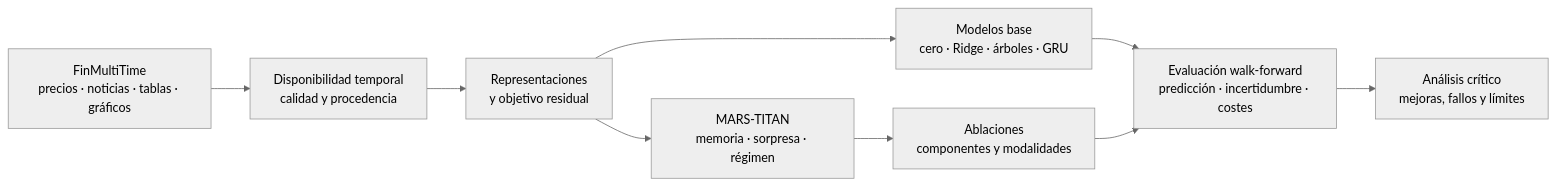
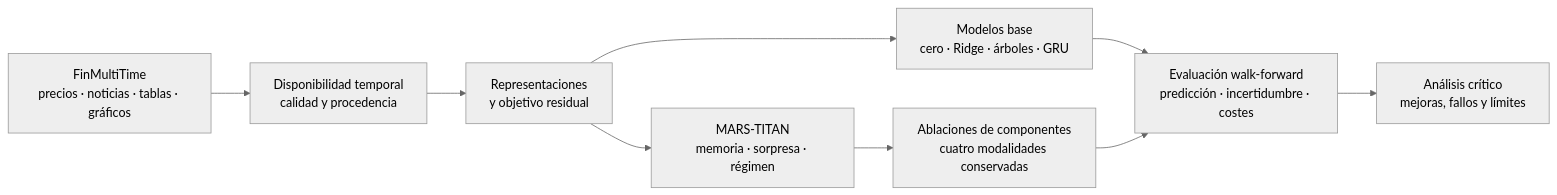
One commit to GonxKZ/mars-titan changed the diagram in README.md. Above: the diagram before and after it, drawn with Mermaid (neutral theme). The commit also changed other lines of this file and 16 other files, not shown here.

````diff
--- a/README.md
+++ b/README.md
@@ -33,11 +35,11 @@
 ```mermaid
 flowchart LR
     D[FinMultiTime<br/>precios · noticias · tablas · gráficos] --> P[Disponibilidad temporal<br/>calidad y procedencia]
     P --> X[Representaciones<br/>y objetivo residual]
     X --> B[Modelos base<br/>cero · Ridge · árboles · GRU]
     X --> M[MARS-TITAN<br/>memoria · sorpresa · régimen]
-    M --> A[Ablaciones<br/>componentes y modalidades]
+    M --> A[Ablaciones de componentes<br/>cuatro modalidades conservadas]
     B --> E[Evaluación walk-forward<br/>predicción · incertidumbre · costes]
     A --> E
     E --> C[Análisis crítico<br/>mejoras, fallos y límites]
 ```
````
